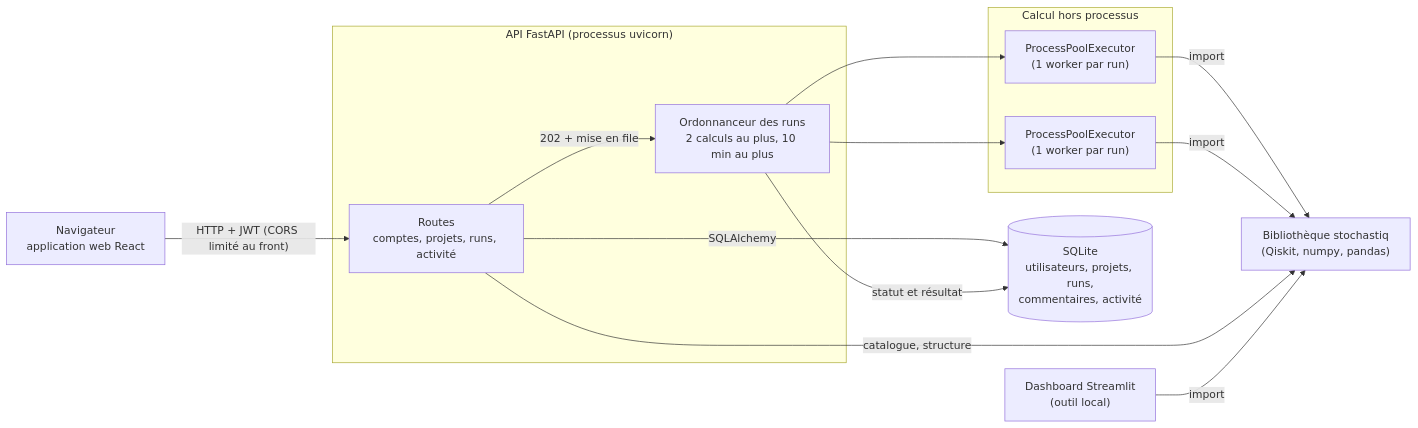
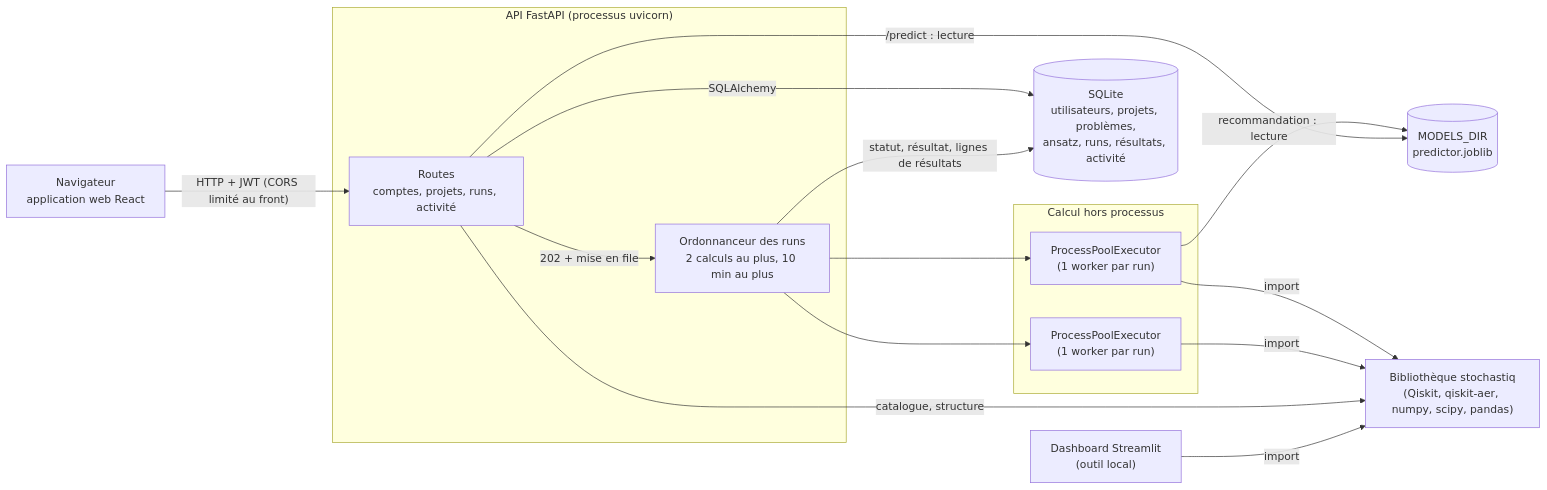
One commit to Ldvccc/StochastiQ_Lib changed the diagram in docs/ARCHITECTURE.md. Above: the diagram before and after it, drawn with Mermaid. The commit also changed other lines of this file and 7 other files, not shown here.

Commit message:
Docs : CHANGELOG 0.3.0 (avec les dérogations), README, API, ROLES, METRIQUES, ARCHITECTURE et configuration MODELS_DIR

````diff
--- a/docs/ARCHITECTURE.md
+++ b/docs/ARCHITECTURE.md
@@ -12,26 +12,29 @@
 ```mermaid
 flowchart LR
     navigateur["Navigateur<br/>application web React"]
     subgraph api["API FastAPI (processus uvicorn)"]
         routes["Routes<br/>comptes, projets, runs, activité"]
         ordonnanceur["Ordonnanceur des runs<br/>2 calculs au plus, 10 min au plus"]
     end
     subgraph pool["Calcul hors processus"]
         worker1["ProcessPoolExecutor<br/>(1 worker par run)"]
         worker2["ProcessPoolExecutor<br/>(1 worker par run)"]
     end
-    bibliotheque["Bibliothèque stochastiq<br/>(Qiskit, numpy, pandas)"]
-    base[("SQLite<br/>utilisateurs, projets, runs,<br/>commentaires, activité")]
+    bibliotheque["Bibliothèque stochastiq<br/>(Qiskit, qiskit-aer, numpy, scipy, pandas)"]
+    base[("SQLite<br/>utilisateurs, projets, problèmes,<br/>ansatz, runs, résultats, activité")]
+    modele[("MODELS_DIR<br/>predictor.joblib")]
     dashboard["Dashboard Streamlit<br/>(outil local)"]
 
     navigateur -- "HTTP + JWT (CORS limité au front)" --> routes
     routes -- "SQLAlchemy" --> base
     routes -- "202 + mise en file" --> ordonnanceur
     ordonnanceur --> worker1
     ordonnanceur --> worker2
     worker1 -- "import" --> bibliotheque
     worker2 -- "import" --> bibliotheque
-    ordonnanceur -- "statut et résultat" --> base
+    ordonnanceur -- "statut, résultat, lignes de résultats" --> base
+    worker1 -- "recommandation : lecture" --> modele
+    routes -- "/predict : lecture" --> modele
     routes -- "catalogue, structure" --> bibliotheque
     dashboard -- "import" --> bibliotheque
 ```
````
